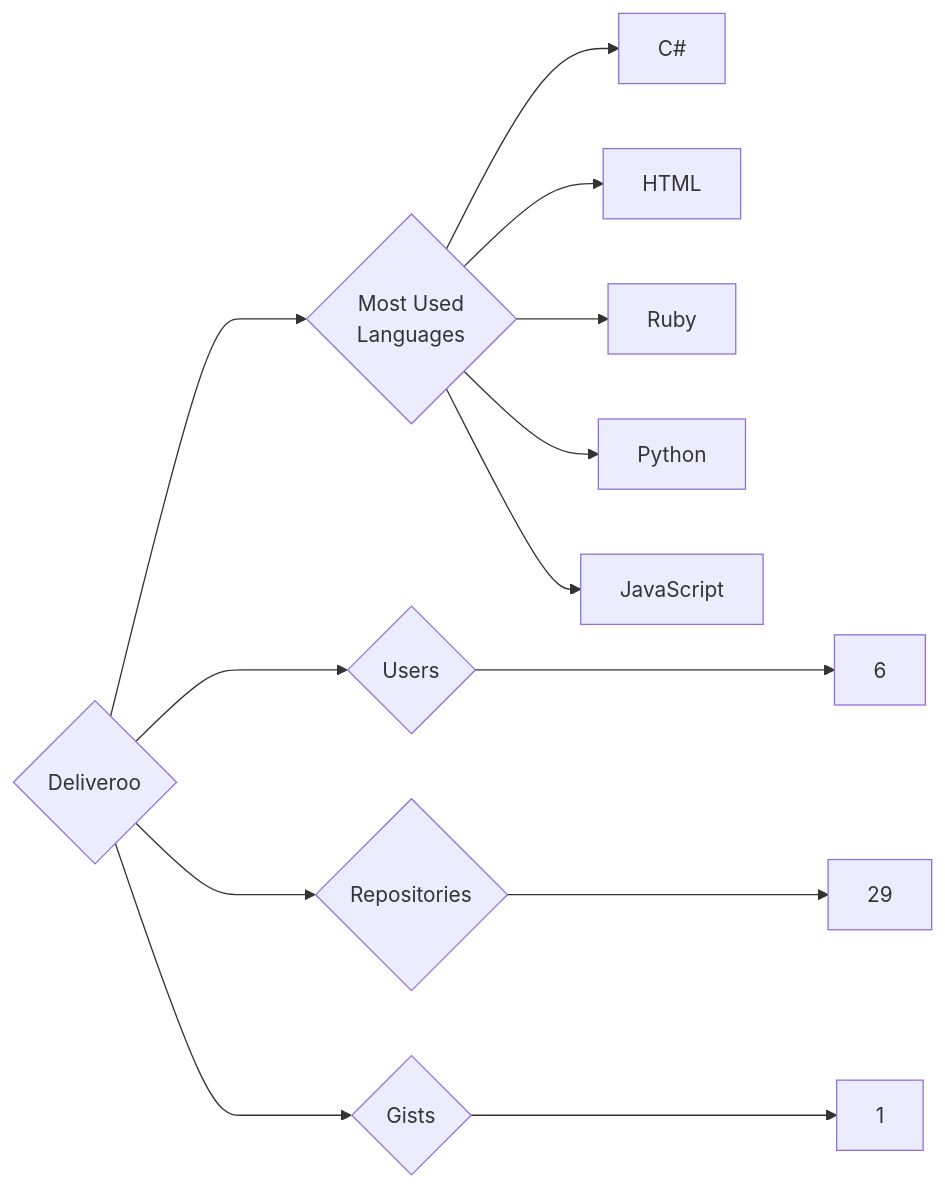
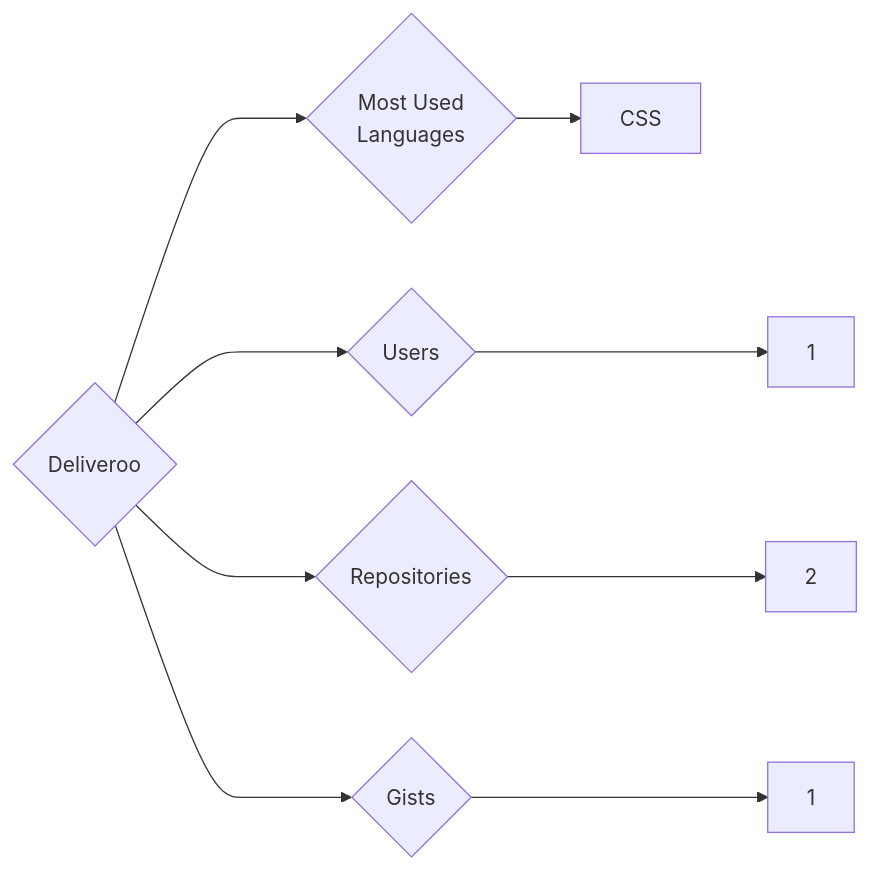
Before and after one commit to trickest/insiders: the diagram in targets/Deliveroo/README.md, drawn with Mermaid. The commit also changed 880 other files, not shown here.

````diff
--- a/targets/Deliveroo/README.md
+++ b/targets/Deliveroo/README.md
@@ -3,13 +3,9 @@
 ```mermaid
 graph LR
 COMPANY_NAME{Deliveroo}
-COMPANY_NAME ---> U{Users} ---> UN[6]
-COMPANY_NAME ---> R{Repositories} ---> RN[29]
+COMPANY_NAME ---> U{Users} ---> UN[1]
+COMPANY_NAME ---> R{Repositories} ---> RN[2]
 COMPANY_NAME ---> G{Gists} ---> GN[1]
 COMPANY_NAME ---> ML{Most Used<br>Languages}
-ML --> C#[C#]
-ML --> HTML[HTML]
-ML --> Ruby[Ruby]
-ML --> Python[Python]
-ML --> JavaScript[JavaScript]
+ML --> CSS[CSS]
 ```
````
